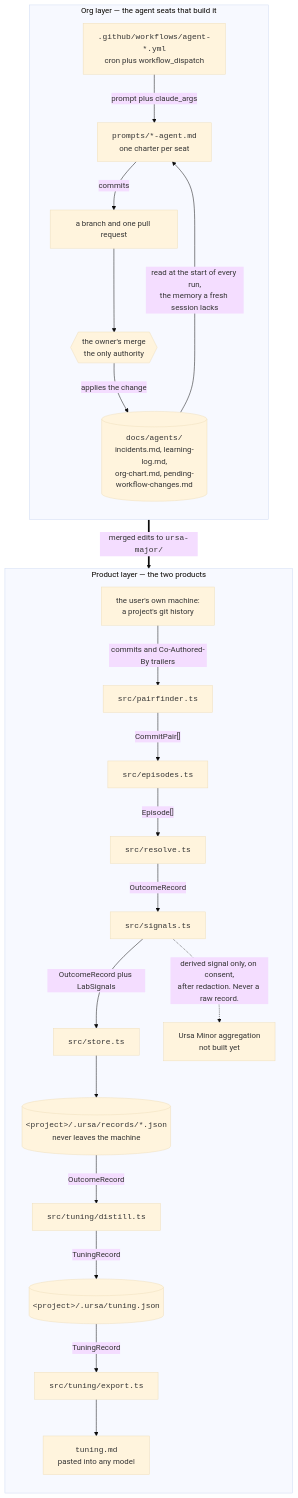
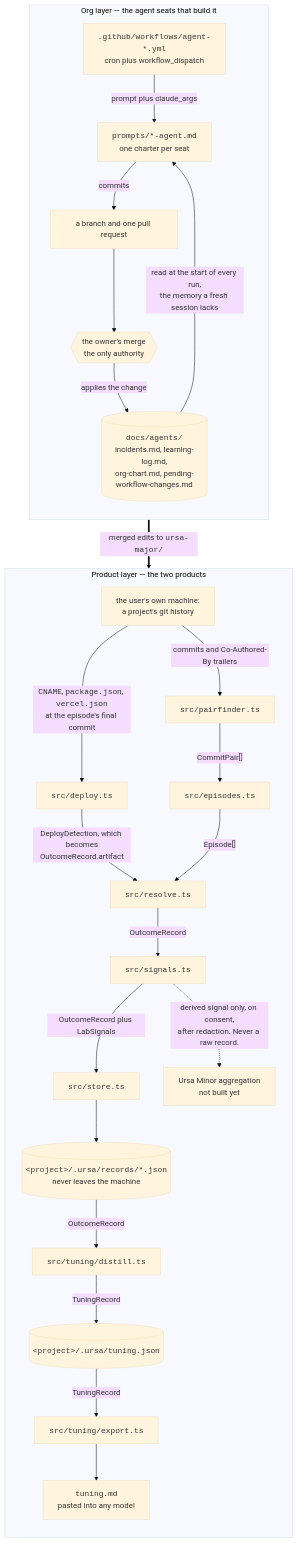
Before and after one commit to alexandrapaiz/Ursa: the diagram in README.md, drawn with Mermaid (base theme). The commit also changed other lines of this file and 1 other file, not shown here.

First line of the commit message:
Design doc for artifact.kind, README architecture and commands

````diff
--- a/README.md
+++ b/README.md
@@ -76,47 +86,51 @@
 ```mermaid
 flowchart TB
   subgraph ORG["Org layer — the agent seats that build it"]
     direction TB
     WF["<code>.github/workflows/agent-*.yml</code><br/>cron plus workflow_dispatch"]
     CH["<code>prompts/*-agent.md</code><br/>one charter per seat"]
     PR["a branch and one pull request"]
     OWN{{"the owner's merge<br/>the only authority"}}
     MEM[("<code>docs/agents/</code><br/>incidents.md, learning-log.md,<br/>org-chart.md, pending-workflow-changes.md")]
 
     WF -->|"prompt plus claude_args"| CH
     CH -->|"commits"| PR
     PR --> OWN
     OWN -->|"applies the change"| MEM
     MEM -->|"read at the start of every run,<br/>the memory a fresh session lacks"| CH
   end
 
   subgraph PRODUCT["Product layer — the two products"]
     direction TB
     GIT["the user's own machine:<br/>a project's git history"]
     PF["<code>src/pairfinder.ts</code>"]
     EP["<code>src/episodes.ts</code>"]
     RS["<code>src/resolve.ts</code>"]
     SG["<code>src/signals.ts</code>"]
     ST["<code>src/store.ts</code>"]
     REC[("<code>&lt;project&gt;/.ursa/records/*.json</code><br/>never leaves the machine")]
     DI["<code>src/tuning/distill.ts</code>"]
     TUN[("<code>&lt;project&gt;/.ursa/tuning.json</code>")]
     EX["<code>src/tuning/export.ts</code>"]
     MD["<code>tuning.md</code><br/>pasted into any model"]
     MINOR["Ursa Minor aggregation<br/>not built yet"]
+    DEP["<code>src/deploy.ts</code>"]
+
+    GIT -->|"<code>CNAME</code>, <code>package.json</code>, <code>vercel.json</code><br/>at the episode's final commit"| DEP
+    DEP -->|"DeployDetection, which becomes<br/>OutcomeRecord.artifact"| RS
 
     GIT -->|"commits and Co-Authored-By trailers"| PF
     PF -->|"CommitPair[]"| EP
     EP -->|"Episode[]"| RS
     RS -->|"OutcomeRecord"| SG
     SG -->|"OutcomeRecord plus LabSignals"| ST
     ST --> REC
     REC -->|"OutcomeRecord"| DI
     DI -->|"TuningRecord"| TUN
     TUN -->|"TuningRecord"| EX
     EX --> MD
     SG -.->|"derived signal only, on consent,<br/>after redaction. Never a raw record."| MINOR
   end
 
   OWN ==>|"merged edits to <code>ursa-major/</code>"| GIT
 ```
````
